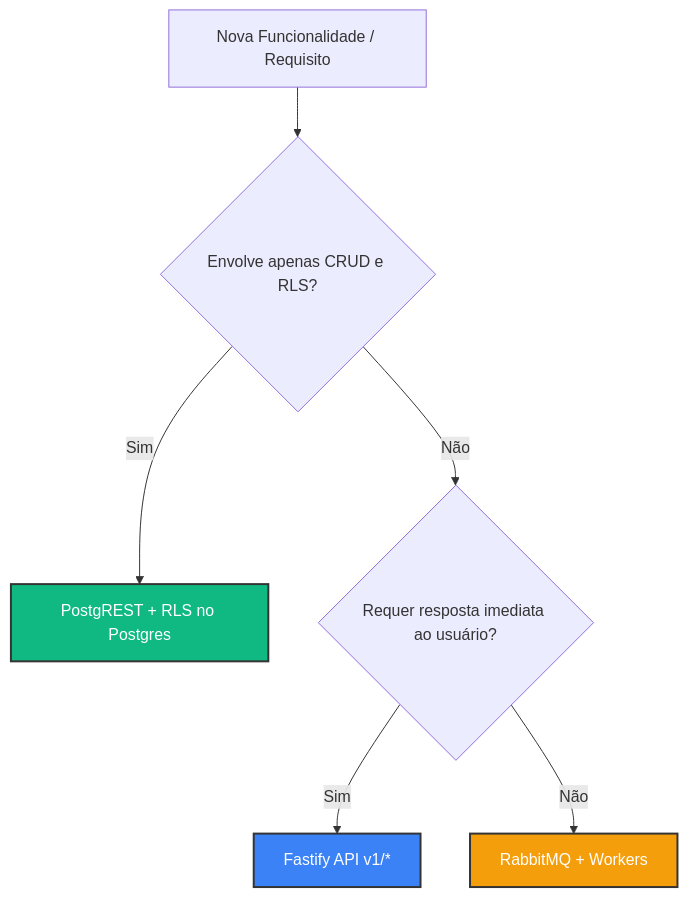
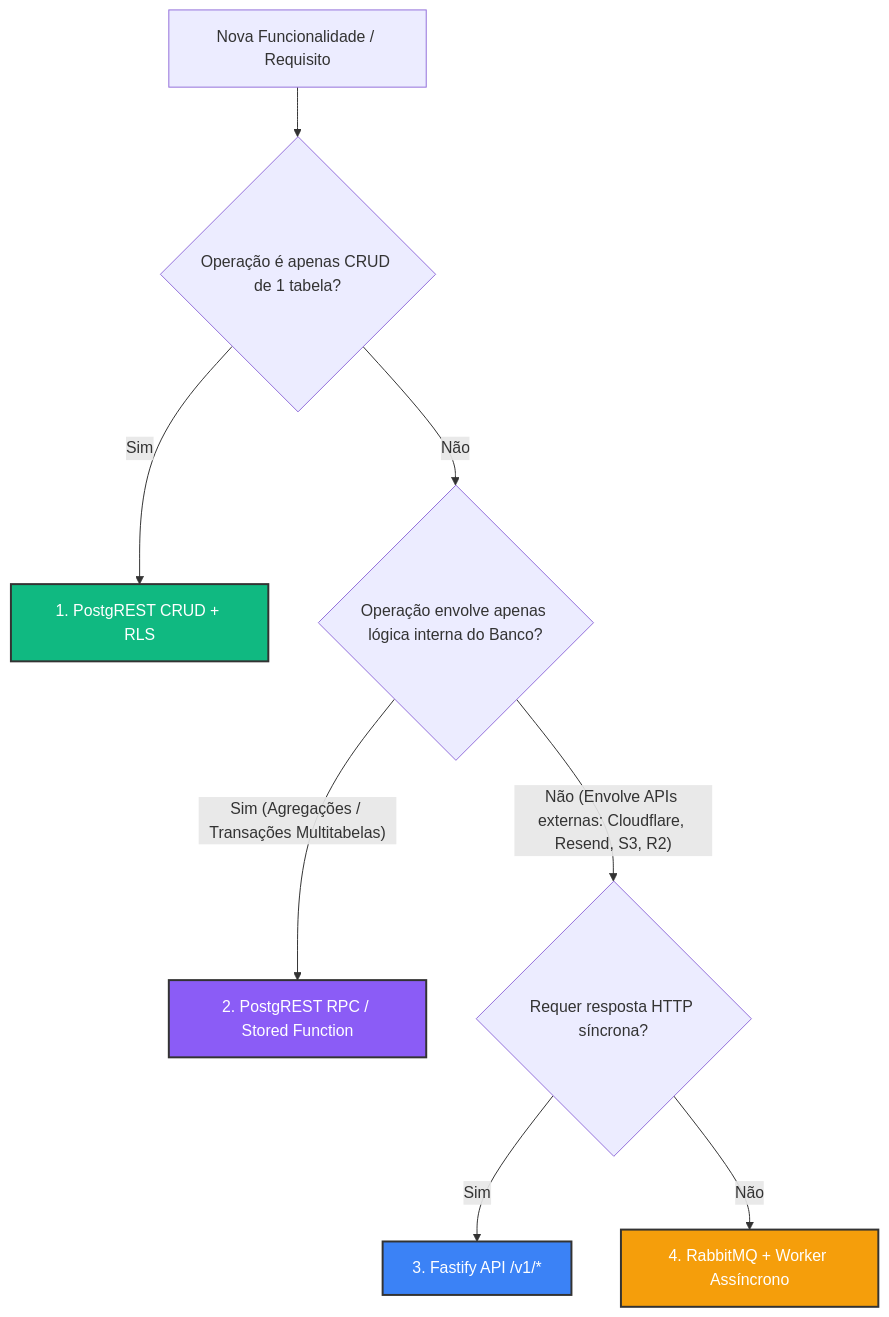
One commit to jssaugustho/psi-app changed the diagram in .agents/development_guide.md. Above: the diagram before and after it, drawn with Mermaid. The commit also changed other lines of this file and 110 other files, not shown here.

Commit message:
Fix: Global architecture refactor

````diff
--- a/.agents/development_guide.md
+++ b/.agents/development_guide.md
@@ -11,12 +11,15 @@
 ```mermaid
 graph TD
-    A[Nova Funcionalidade / Requisito] --> B{Envolve apenas CRUD e RLS?}
-    B -- Sim --> C[PostgREST + RLS no Postgres]
-    B -- Não --> D{Requer resposta imediata ao usuário?}
-    D -- Sim --> E[Fastify API v1/*]
-    D -- Não --> F[RabbitMQ + Workers]
-    
+    A[Nova Funcionalidade / Requisito] --> B{Operação é apenas CRUD de 1 tabela?}
+    B -- Sim --> C[1. PostgREST CRUD + RLS]
+    B -- Não --> D{Operação envolve apenas lógica interna do Banco?}
+    D -- Sim (Agregações / Transações Multitabelas) --> E[2. PostgREST RPC / Stored Function]
+    D -- Não (Envolve APIs externas: Cloudflare, Resend, S3, R2) --> F{Requer resposta HTTP síncrona?}
+    F -- Sim --> G[3. Fastify API /v1/*]
+    F -- Não --> H[4. RabbitMQ + Worker Assíncrono]
+
     style C fill:#10B981,stroke:#333,stroke-width:2px,color:#fff
-    style E fill:#3B82F6,stroke:#333,stroke-width:2px,color:#fff
-    style F fill:#F59E0B,stroke:#333,stroke-width:2px,color:#fff
+    style E fill:#8B5CF6,stroke:#333,stroke-width:2px,color:#fff
+    style G fill:#3B82F6,stroke:#333,stroke-width:2px,color:#fff
+    style H fill:#F59E0B,stroke:#333,stroke-width:2px,color:#fff
 ```
````
